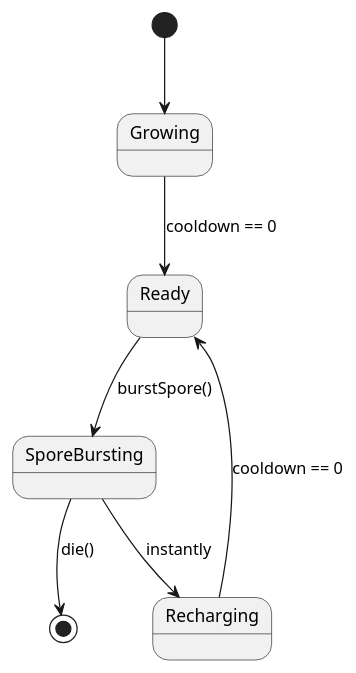
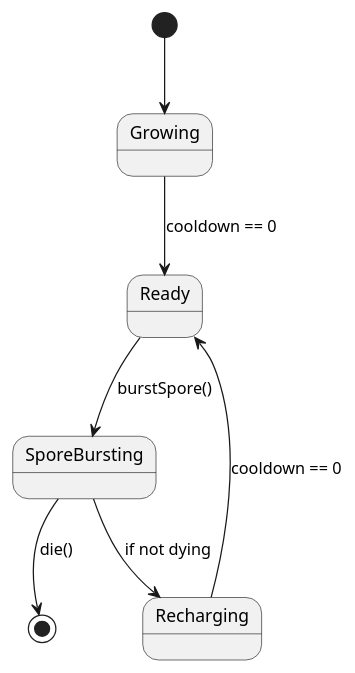
The diagram in Mushroom/states.pu (ZD4ve/projlab-error521), drawn with PlantUML before and after one commit. The commit also changed 14 other files, not shown here.

```diff
--- a/Mushroom/states.pu
+++ b/Mushroom/states.pu
@@ -1,11 +1,11 @@
 @startuml MushroomStates
 'skinparam linetype ortho
 
 [*] --> Growing
 Growing --> Ready : cooldown == 0
 Ready --> SporeBursting : burstSpore()
-SporeBursting --> Recharging : instantly
+SporeBursting --> Recharging : if not dying
 Recharging --> Ready : cooldown == 0
 SporeBursting --> [*] : die()
 
 @enduml
```
